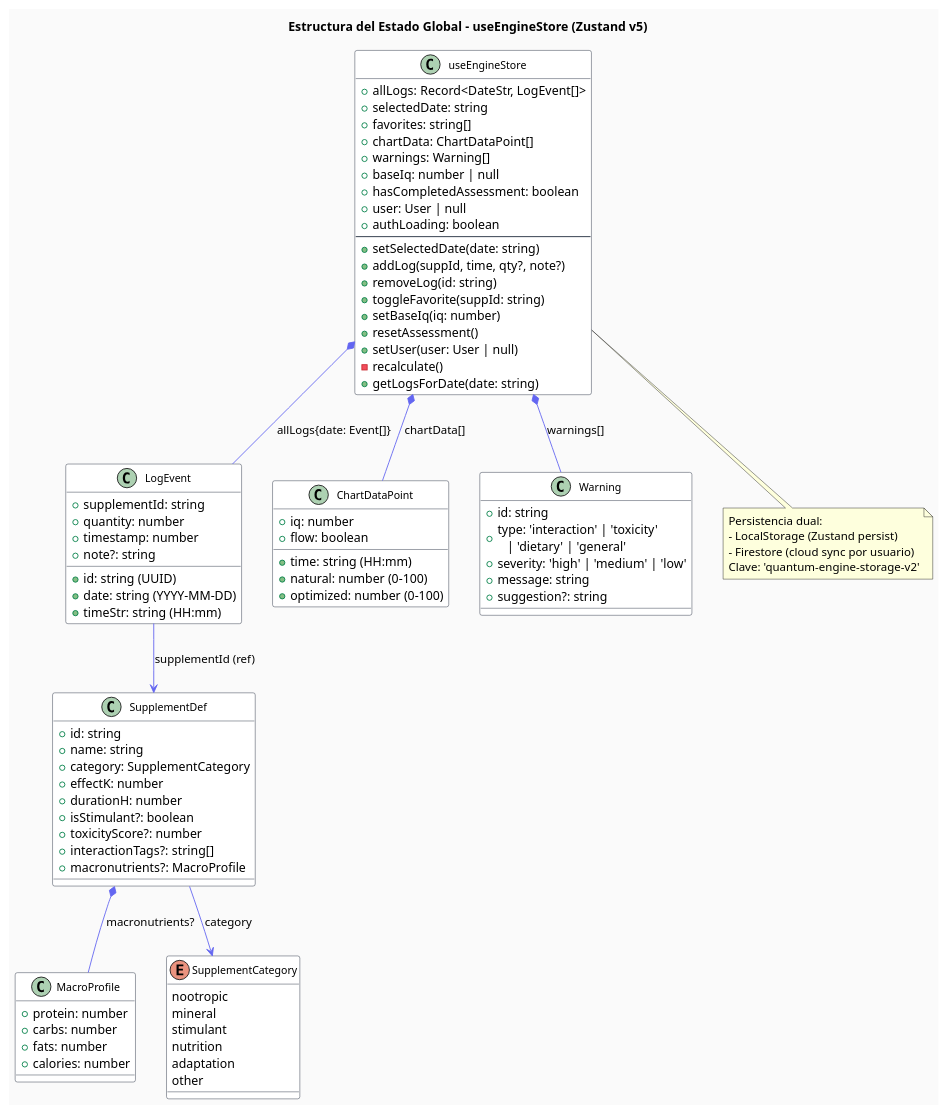
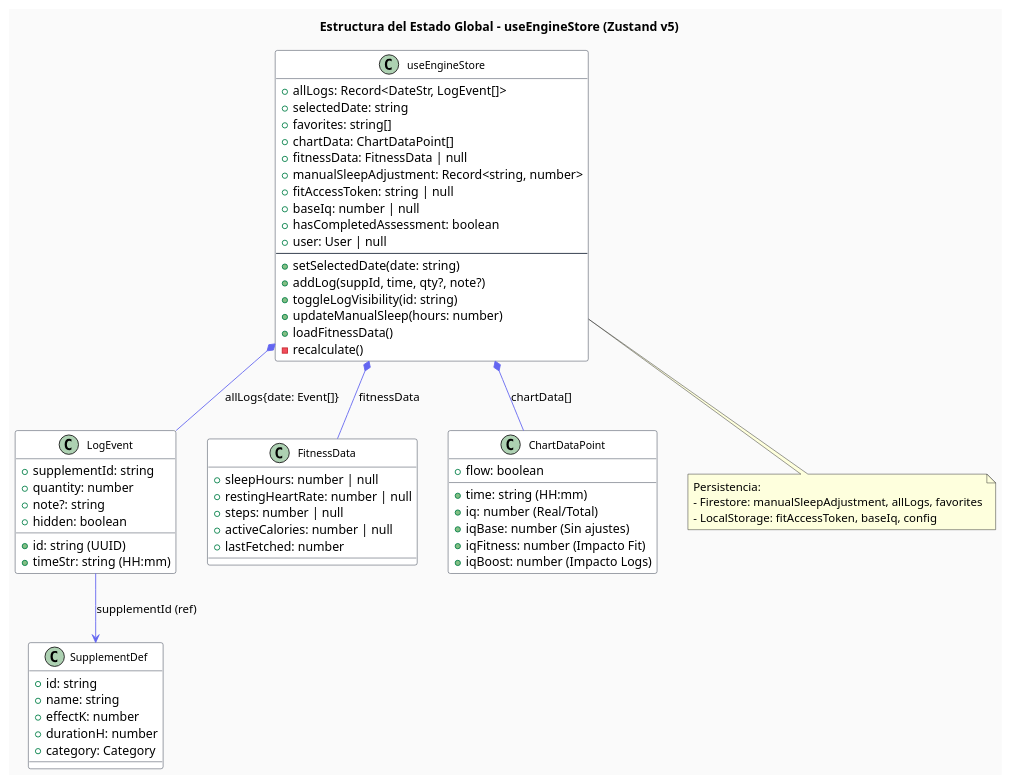
One commit to Camilo-Alberto-Palacio/optimizador-cognitivo changed the diagram in diagramas/state_structure.puml. Above: the diagram before and after it, drawn with PlantUML. The commit also changed 3 other files, not shown here.

Commit message:
Docs: Actualización exhaustiva de diagramas técnicos v8.0 Enterprise

```diff
--- a/diagramas/state_structure.puml
+++ b/diagramas/state_structure.puml
@@ -1,101 +1,76 @@
 @startuml StateStructure_v2
 skinparam class {
     BackgroundColor White
     ArrowColor #6366f1
     BorderColor #1e293b
     FontSize 12
 }
 skinparam backgroundColor #FAFAFA
 title Estructura del Estado Global - useEngineStore (Zustand v5)
 
 class "useEngineStore" as Store {
     + allLogs: Record<DateStr, LogEvent[]>
     + selectedDate: string
     + favorites: string[]
     + chartData: ChartDataPoint[]
-    + warnings: Warning[]
+    + fitnessData: FitnessData | null
+    + manualSleepAdjustment: Record<string, number>
+    + fitAccessToken: string | null
     + baseIq: number | null
     + hasCompletedAssessment: boolean
     + user: User | null
-    + authLoading: boolean
     --
     + setSelectedDate(date: string)
     + addLog(suppId, time, qty?, note?)
-    + removeLog(id: string)
-    + toggleFavorite(suppId: string)
-    + setBaseIq(iq: number)
-    + resetAssessment()
-    + setUser(user: User | null)
+    + toggleLogVisibility(id: string)
+    + updateManualSleep(hours: number)
+    + loadFitnessData()
     - recalculate()
-    + getLogsForDate(date: string)
 }
 
 class "LogEvent" as Event {
     + id: string (UUID)
     + supplementId: string
-    + date: string (YYYY-MM-DD)
     + timeStr: string (HH:mm)
     + quantity: number
-    + timestamp: number
     + note?: string
+    + hidden: boolean
+}
+
+class "FitnessData" as Fit {
+    + sleepHours: number | null
+    + restingHeartRate: number | null
+    + steps: number | null
+    + activeCalories: number | null
+    + lastFetched: number
+}
+
+class "ChartDataPoint" as Chart {
+    + time: string (HH:mm)
+    + iq: number (Real/Total)
+    + iqBase: number (Sin ajustes)
+    + iqFitness: number (Impacto Fit)
+    + iqBoost: number (Impacto Logs)
+    + flow: boolean
 }
 
 class "SupplementDef" as Supp {
     + id: string
     + name: string
-    + category: SupplementCategory
     + effectK: number
     + durationH: number
-    + isStimulant?: boolean
-    + toxicityScore?: number
-    + interactionTags?: string[]
-    + macronutrients?: MacroProfile
-}
-
-class "MacroProfile" as Macro {
-    + protein: number
-    + carbs: number
-    + fats: number
-    + calories: number
-}
-
-class "ChartDataPoint" as Chart {
-    + time: string (HH:mm)
-    + natural: number (0-100)
-    + optimized: number (0-100)
-    + iq: number
-    + flow: boolean
-}
-
-class "Warning" as Warn {
-    + id: string
-    + type: 'interaction' | 'toxicity'\n   | 'dietary' | 'general'
-    + severity: 'high' | 'medium' | 'low'
-    + message: string
-    + suggestion?: string
-}
-
-enum "SupplementCategory" as Cat {
-    nootropic
-    mineral
-    stimulant
-    nutrition
-    adaptation
-    other
+    + category: Category
 }
 
 Store *-- Event : allLogs{date: Event[]}
+Store *-- Fit : fitnessData
 Store *-- Chart : chartData[]
-Store *-- Warn : warnings[]
-Supp --> Cat : category
-Supp *-- Macro : macronutrients?
 Event --> Supp : supplementId (ref)
 
 note bottom of Store
-  Persistencia dual:
-  - LocalStorage (Zustand persist)
-  - Firestore (cloud sync por usuario)
-  Clave: 'quantum-engine-storage-v2'
+  Persistencia:
+  - Firestore: manualSleepAdjustment, allLogs, favorites
+  - LocalStorage: fitAccessToken, baseIq, config
 end note
 
 @enduml
```
